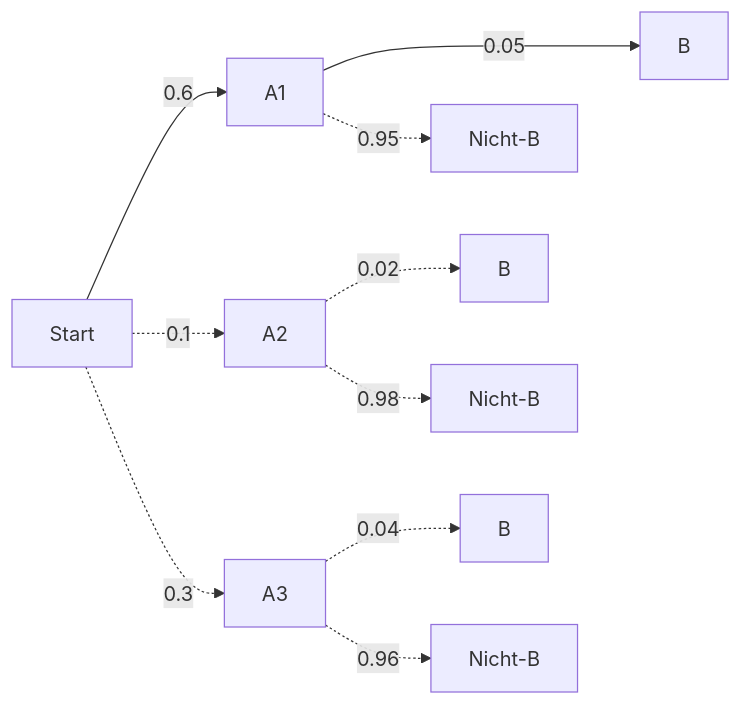
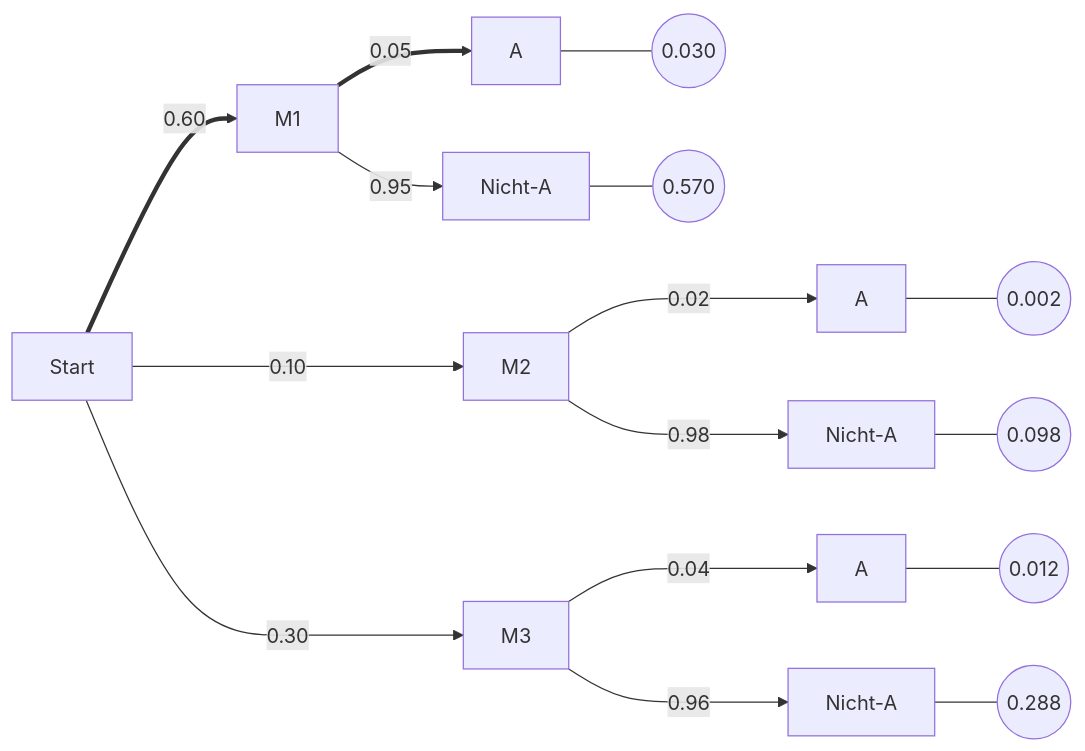
One commit to sebastiansauer/start-bayes changed the third of 3 diagrams in 0500-Globusversuch.qmd. Above: the diagram before and after it, drawn with Mermaid. The commit also changed other lines of this file and 21 other files, not shown here.

Commit message:
improve flow of agrument

````diff
--- a/0500-Globusversuch.qmd
+++ b/0500-Globusversuch.qmd
@@ -587,14 +647,20 @@
 ```{mermaid}
 %%| fig-cap: Günstige Pfade
 %%| label: fig-tot-wskt2
 flowchart LR
-  A[Start] -->|0.6|B[A1]
-  A -.->|0.1|C[A2]
-  A -.->|0.3|D[A3]
-  B --->|0.05|E[B]
-  B -.->|0.95|F[Nicht-B]
-  C -.->|0.02|G[B]
-  C -.->|0.98|H[Nicht-B]
-  D -.->|0.04|I[B]
-  D -.->|0.96|J[Nicht-B]
+  A[Start] ==>|0.60|B[M1]
+  A --->|0.10|C[M2]
+  A --->|0.30|D[M3]
+  B ==>|0.05|E[A]
+  B -->|0.95|F[Nicht-A]
+  C --->|0.02|G[A]
+  C --->|0.98|H[Nicht-A]
+  D --->|0.04|I[A]
+  D --->|0.96|J[Nicht-A]
+  E --- K((0.030))
+  F --- L((0.570))
+  G --- M((0.002))
+  H --- N((0.098))
+  I --- O((0.012))
+  J --- P((0.288))
 ```
````
